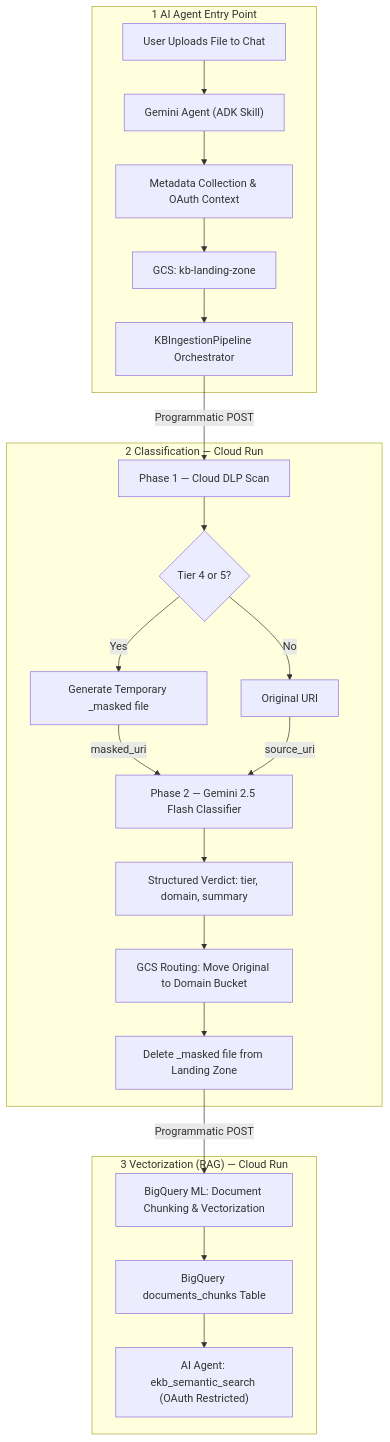
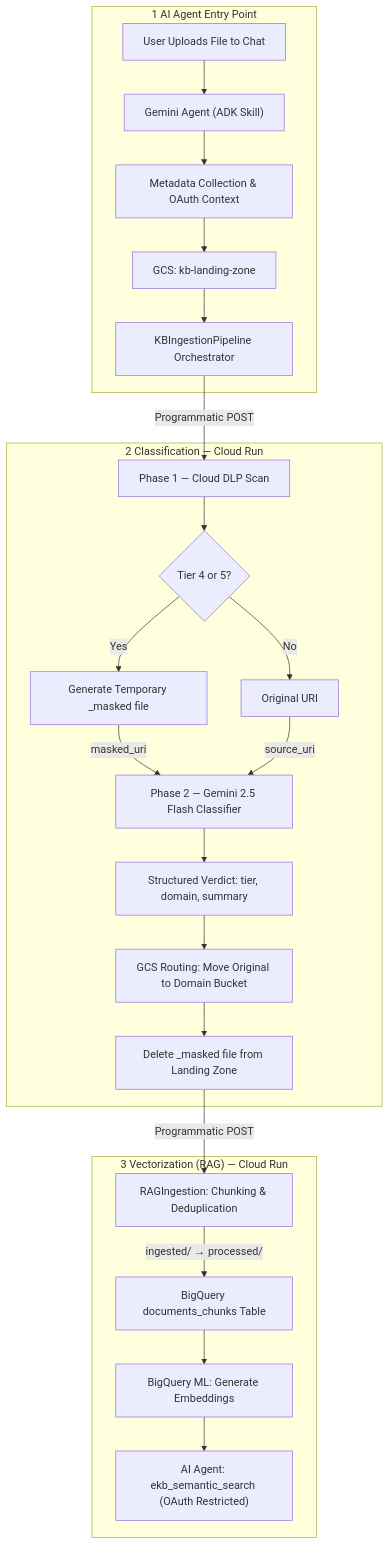
Before and after one commit to eamadorm-endava/Research-Agent: the diagram in docs/Data-Pipelines/Enterprise-Knowledge-Base/Design.md, drawn with Mermaid. The commit also changed 13 other files, not shown here.

Commit message:
feat Issue-116: Implement RAGIngestion pipeline for document chunking and BigQuery staging (#131)

````diff
--- a/docs/Data-Pipelines/Enterprise-Knowledge-Base/Design.md
+++ b/docs/Data-Pipelines/Enterprise-Knowledge-Base/Design.md
@@ -26,27 +26,28 @@
 ```mermaid
 flowchart TD
     subgraph AGENT["1 AI Agent Entry Point"]
         Z["User Uploads File to Chat"] --> Y["Gemini Agent (ADK Skill)"]
         Y --> X["Metadata Collection & OAuth Context"]
         X --> B["GCS: kb-landing-zone"]
         B --> ORQ["KBIngestionPipeline Orchestrator"]
     end
 
     subgraph CLASSIFY["2 Classification — Cloud Run"]
         ORQ -- Programmatic POST --> D["Phase 1 — Cloud DLP Scan"]
         D --> DG{"Tier 4 or 5?"}
         DG -- Yes --> DM["Generate Temporary _masked file"]
         DG -- No --> DP["Original URI"]
         DM -- masked_uri --> E["Phase 2 — Gemini 2.5 Flash Classifier"]
         DP -- source_uri --> E
         E --> F["Structured Verdict: tier, domain, summary"]
         F --> ROUTE["GCS Routing: Move Original to Domain Bucket"]
         ROUTE --> CLEAN["Delete _masked file from Landing Zone"]
     end
 
     subgraph VECTOR["3 Vectorization (RAG) — Cloud Run"]
-        CLEAN -- Programmatic POST --> N["BigQuery ML: Document Chunking & Vectorization"]
-        N --> O["BigQuery documents_chunks Table"]
-        O --> P["AI Agent: ekb_semantic_search (OAuth Restricted)"]
+        CLEAN -- Programmatic POST --> N["RAGIngestion: Chunking & Deduplication"]
+        N -- "ingested/ → processed/" --> O["BigQuery documents_chunks Table"]
+        O --> P["BigQuery ML: Generate Embeddings"]
+        P --> Q["AI Agent: ekb_semantic_search (OAuth Restricted)"]
     end
 ```
````
